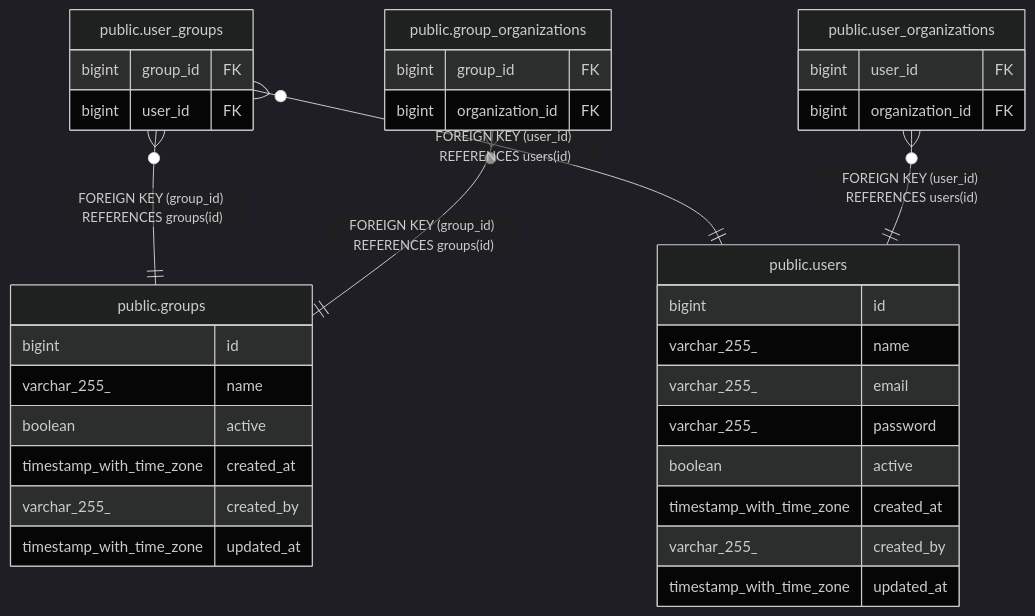
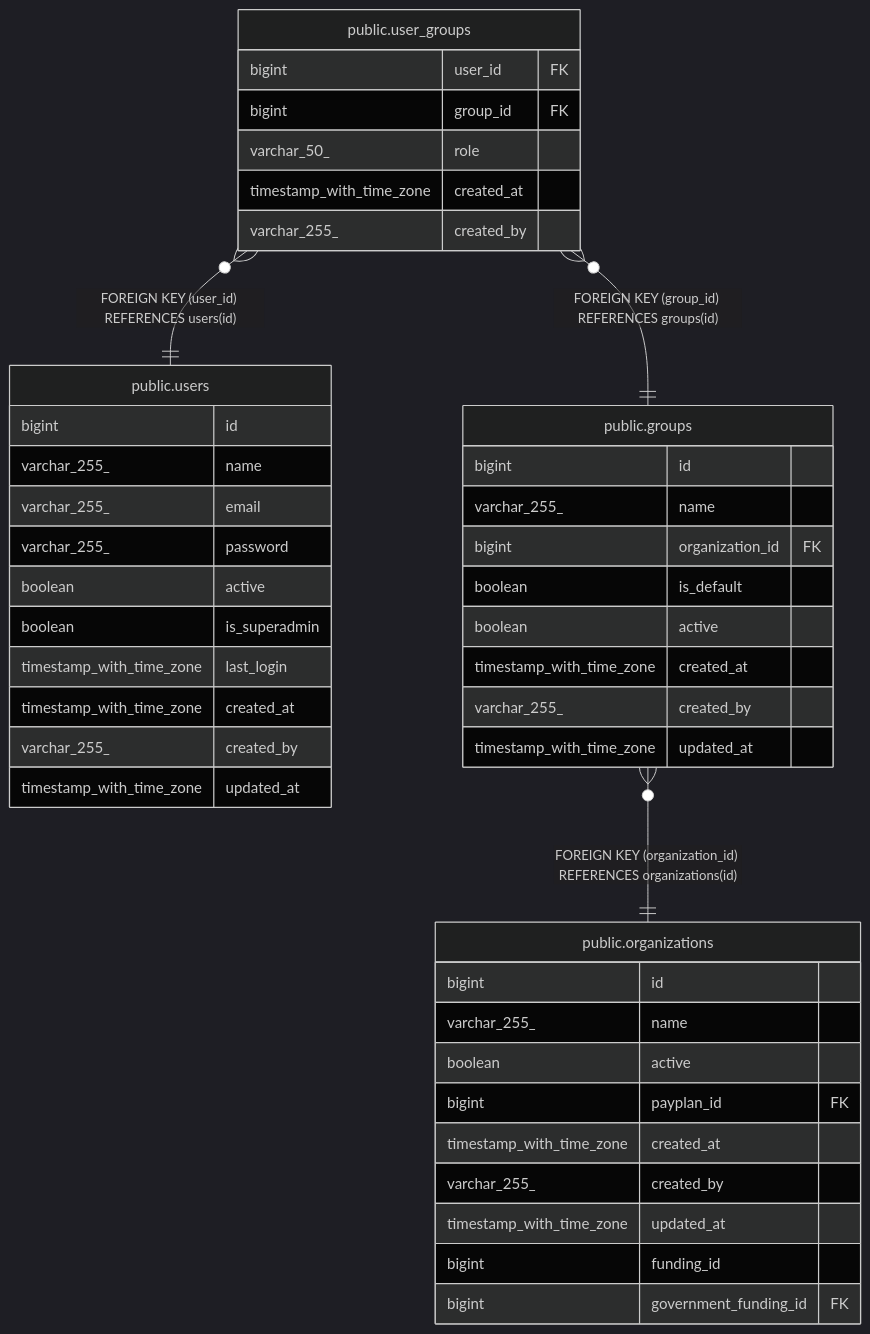
The diagram in docs/schema/public.user_groups.md (toabctl/kitamanager-go), drawn with Mermaid (dark theme) before and after one commit. The commit also changed other lines of this file and 41 other files, not shown here.

````diff
--- a/docs/schema/public.user_groups.md
+++ b/docs/schema/public.user_groups.md
@@ -30,39 +34,48 @@
 ```mermaid
 erDiagram
 
+"public.user_groups" }o--|| "public.users" : "FOREIGN KEY (user_id) REFERENCES users(id)"
 "public.user_groups" }o--|| "public.groups" : "FOREIGN KEY (group_id) REFERENCES groups(id)"
-"public.group_organizations" }o--|| "public.groups" : "FOREIGN KEY (group_id) REFERENCES groups(id)"
-"public.user_groups" }o--|| "public.users" : "FOREIGN KEY (user_id) REFERENCES users(id)"
-"public.user_organizations" }o--|| "public.users" : "FOREIGN KEY (user_id) REFERENCES users(id)"
+"public.groups" }o--|| "public.organizations" : "FOREIGN KEY (organization_id) REFERENCES organizations(id)"
 
 "public.user_groups" {
+  bigint user_id FK
   bigint group_id FK
-  bigint user_id FK
-}
-"public.groups" {
-  bigint id
-  varchar_255_ name
-  boolean active
+  varchar_50_ role
   timestamp_with_time_zone created_at
   varchar_255_ created_by
-  timestamp_with_time_zone updated_at
-}
-"public.group_organizations" {
-  bigint group_id FK
-  bigint organization_id FK
 }
 "public.users" {
   bigint id
   varchar_255_ name
   varchar_255_ email
   varchar_255_ password
   boolean active
+  boolean is_superadmin
+  timestamp_with_time_zone last_login
   timestamp_with_time_zone created_at
   varchar_255_ created_by
   timestamp_with_time_zone updated_at
 }
-"public.user_organizations" {
-  bigint user_id FK
+"public.groups" {
+  bigint id
+  varchar_255_ name
   bigint organization_id FK
+  boolean is_default
+  boolean active
+  timestamp_with_time_zone created_at
+  varchar_255_ created_by
+  timestamp_with_time_zone updated_at
+}
+"public.organizations" {
+  bigint id
+  varchar_255_ name
+  boolean active
+  bigint payplan_id FK
+  timestamp_with_time_zone created_at
+  varchar_255_ created_by
+  timestamp_with_time_zone updated_at
+  bigint funding_id
+  bigint government_funding_id FK
 }
 ```
````
